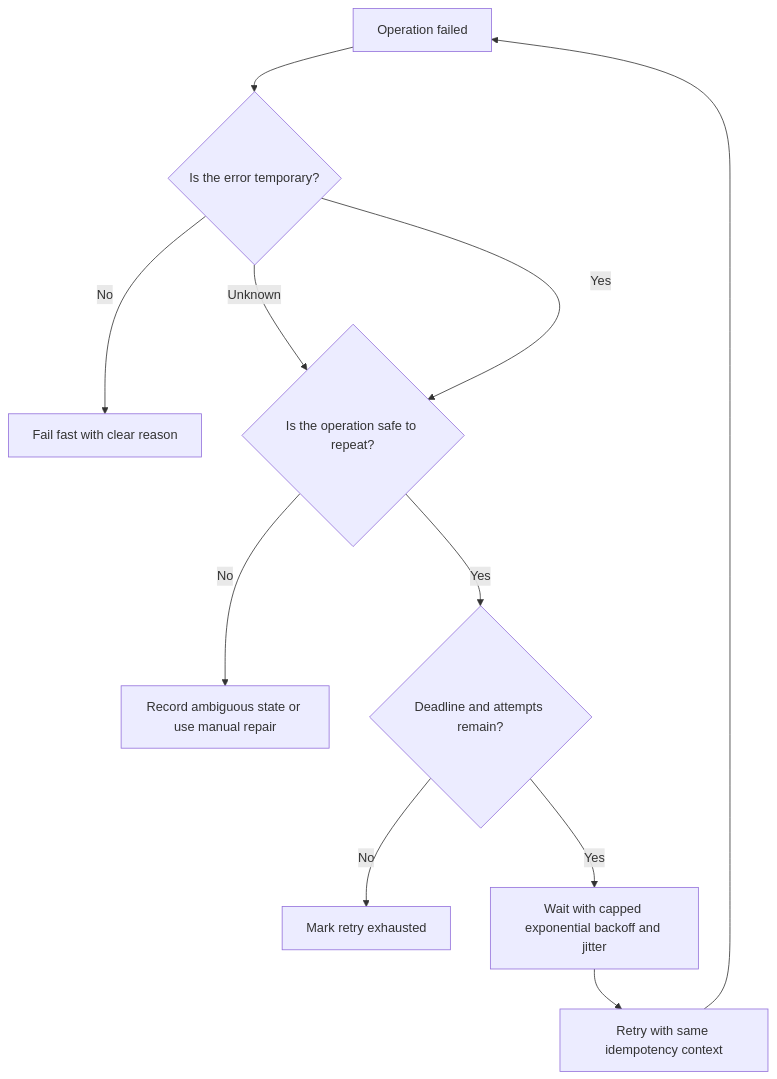
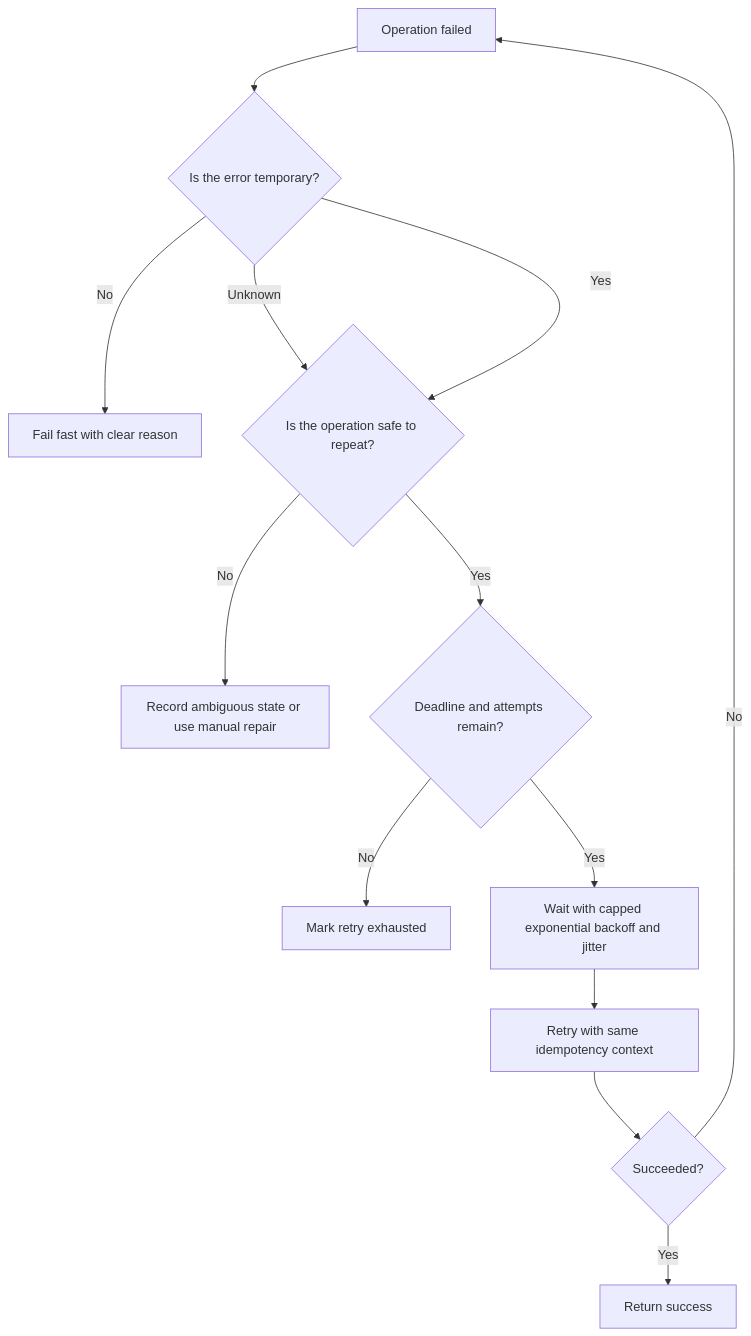
Before and after one commit to LeonSilva15/system-design: the diagram in docs/communication/retries-and-backoff.md, drawn with Mermaid. The commit also changed other lines of this file, not shown here.

````diff
--- a/docs/communication/retries-and-backoff.md
+++ b/docs/communication/retries-and-backoff.md
@@ -225,13 +227,15 @@
 ```mermaid
 flowchart TD
     A[Operation failed] --> B{Is the error temporary?}
     B -->|No| C[Fail fast with clear reason]
     B -->|Unknown| D{Is the operation safe to repeat?}
     B -->|Yes| D
     D -->|No| E[Record ambiguous state or use manual repair]
     D -->|Yes| F{Deadline and attempts remain?}
     F -->|No| G[Mark retry exhausted]
     F -->|Yes| H[Wait with capped exponential backoff and jitter]
     H --> I[Retry with same idempotency context]
-    I --> A
+    I --> J{Succeeded?}
+    J -->|Yes| K[Return success]
+    J -->|No| A
 ```
````
